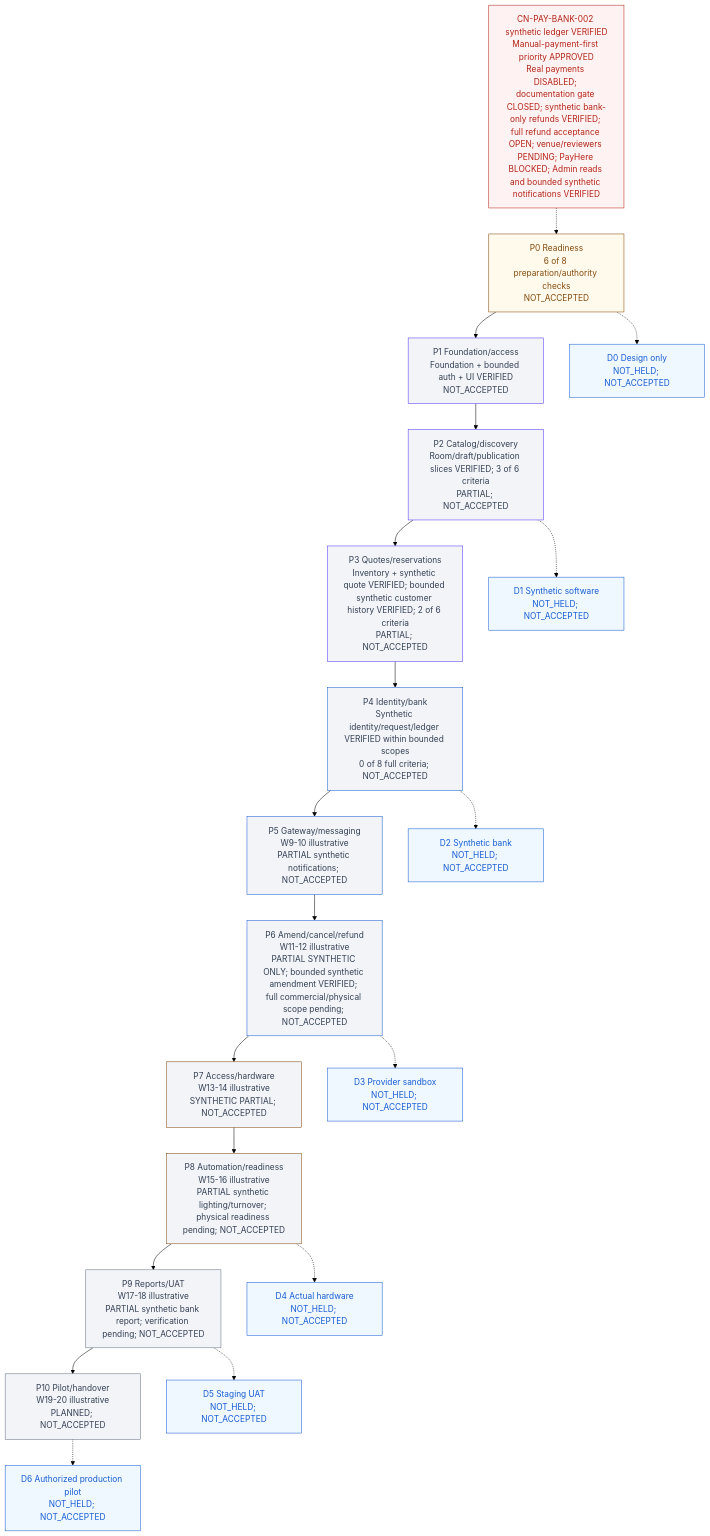
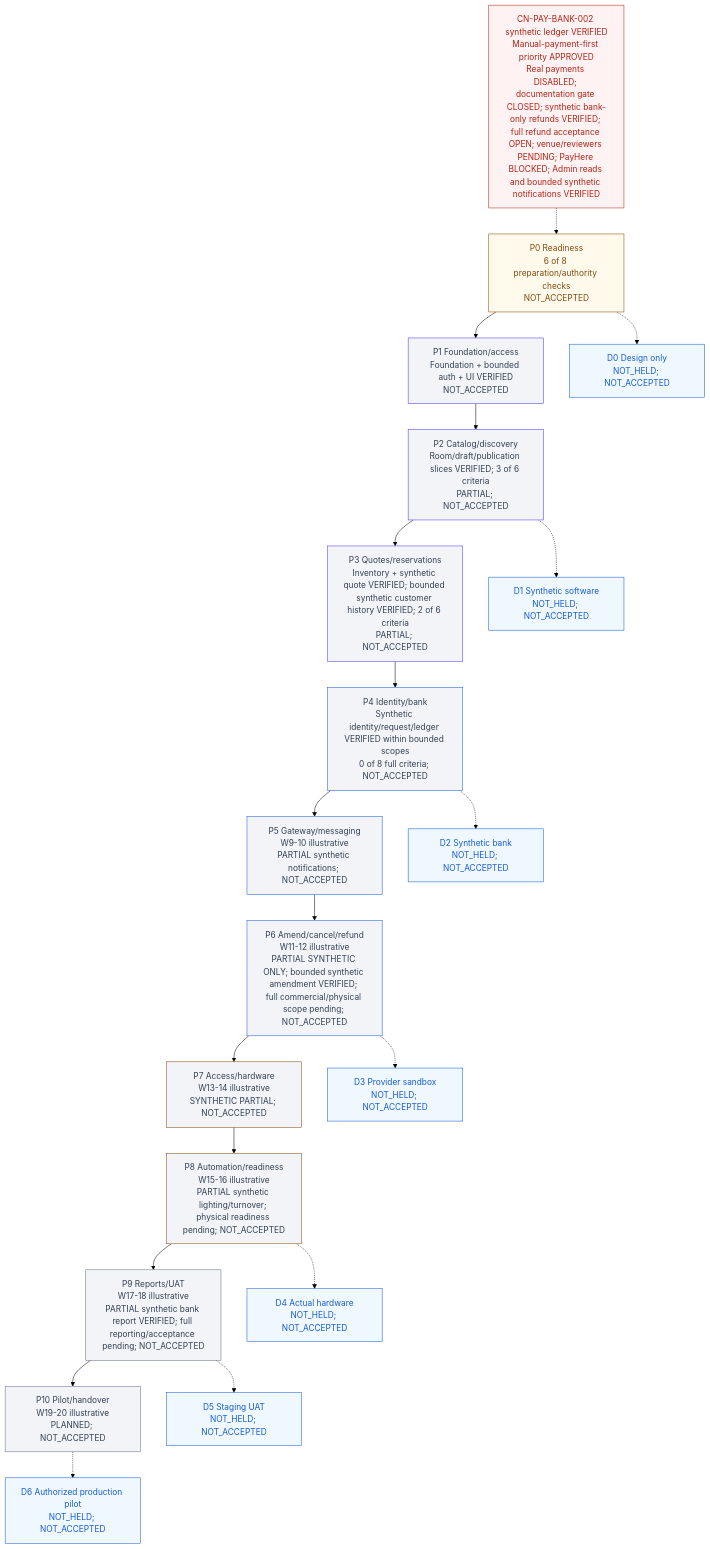
One commit to Hasitha3513/Theater-Project changed the diagram in knowledge/PROGRESS.md. Above: the diagram before and after it, drawn with Mermaid (forest theme). The commit also changed other lines of this file and 10 other files, not shown here.

````diff
--- a/knowledge/PROGRESS.md
+++ b/knowledge/PROGRESS.md
@@ -313,45 +313,45 @@
 ```mermaid
 flowchart TB
   G["CN-PAY-BANK-002 synthetic ledger VERIFIED<br/>Manual-payment-first priority APPROVED<br/>Real payments DISABLED; documentation gate CLOSED; synthetic bank-only refunds VERIFIED; full refund acceptance OPEN; venue/reviewers PENDING; PayHere BLOCKED; Admin reads and bounded synthetic notifications VERIFIED"]
   P0["P0 Readiness<br/>6 of 8 preparation/authority checks<br/>NOT_ACCEPTED"]
   P1["P1 Foundation/access<br/>Foundation + bounded auth + UI VERIFIED<br/>NOT_ACCEPTED"]
   P2["P2 Catalog/discovery<br/>Room/draft/publication slices VERIFIED; 3 of 6 criteria<br/>PARTIAL; NOT_ACCEPTED"]
   P3["P3 Quotes/reservations<br/>Inventory + synthetic quote VERIFIED; bounded synthetic customer history VERIFIED; 2 of 6 criteria<br/>PARTIAL; NOT_ACCEPTED"]
   P4["P4 Identity/bank<br/>Synthetic identity/request/ledger VERIFIED within bounded scopes<br/>0 of 8 full criteria; NOT_ACCEPTED"]
   P5["P5 Gateway/messaging<br/>W9-10 illustrative<br/>PARTIAL synthetic notifications; NOT_ACCEPTED"]
   P6["P6 Amend/cancel/refund<br/>W11-12 illustrative<br/>PARTIAL SYNTHETIC ONLY; bounded synthetic amendment VERIFIED; full commercial/physical scope pending; NOT_ACCEPTED"]
   P7["P7 Access/hardware<br/>W13-14 illustrative<br/>SYNTHETIC PARTIAL; NOT_ACCEPTED"]
   P8["P8 Automation/readiness<br/>W15-16 illustrative<br/>PARTIAL synthetic lighting/turnover; physical readiness pending; NOT_ACCEPTED"]
-  P9["P9 Reports/UAT<br/>W17-18 illustrative<br/>PARTIAL synthetic bank report; verification pending; NOT_ACCEPTED"]
+  P9["P9 Reports/UAT<br/>W17-18 illustrative<br/>PARTIAL synthetic bank report VERIFIED; full reporting/acceptance pending; NOT_ACCEPTED"]
   P10["P10 Pilot/handover<br/>W19-20 illustrative<br/>PLANNED; NOT_ACCEPTED"]
   G -.-> P0
   P0 --> P1 --> P2 --> P3 --> P4 --> P5 --> P6 --> P7 --> P8 --> P9 --> P10
   D0["D0 Design only<br/>NOT_HELD; NOT_ACCEPTED"]
   D1["D1 Synthetic software<br/>NOT_HELD; NOT_ACCEPTED"]
   D2["D2 Synthetic bank<br/>NOT_HELD; NOT_ACCEPTED"]
   D3["D3 Provider sandbox<br/>NOT_HELD; NOT_ACCEPTED"]
   D4["D4 Actual hardware<br/>NOT_HELD; NOT_ACCEPTED"]
   D5["D5 Staging UAT<br/>NOT_HELD; NOT_ACCEPTED"]
   D6["D6 Authorized production pilot<br/>NOT_HELD; NOT_ACCEPTED"]
   P0 -.-> D0
   P2 -.-> D1
   P4 -.-> D2
   P6 -.-> D3
   P8 -.-> D4
   P9 -.-> D5
   P10 -.-> D6
   classDef readiness fill:#FFFAEB,color:#854A0E,stroke:#854A0E;
   classDef foundation fill:#F2F4F7,color:#344054,stroke:#5135FF;
   classDef financial fill:#F2F4F7,color:#344054,stroke:#175CD3;
   classDef physical fill:#F2F4F7,color:#344054,stroke:#854A0E;
   classDef release fill:#F2F4F7,color:#344054,stroke:#667085;
   classDef blocked fill:#FEF3F2,color:#B42318,stroke:#B42318;
   classDef demo fill:#EFF8FF,color:#175CD3,stroke:#175CD3;
   class P0 readiness;
   class P1,P2,P3 foundation;
   class P4,P5,P6 financial;
   class P7,P8 physical;
   class P9,P10 release;
   class G blocked;
   class D0,D1,D2,D3,D4,D5,D6 demo;
 ```
````
